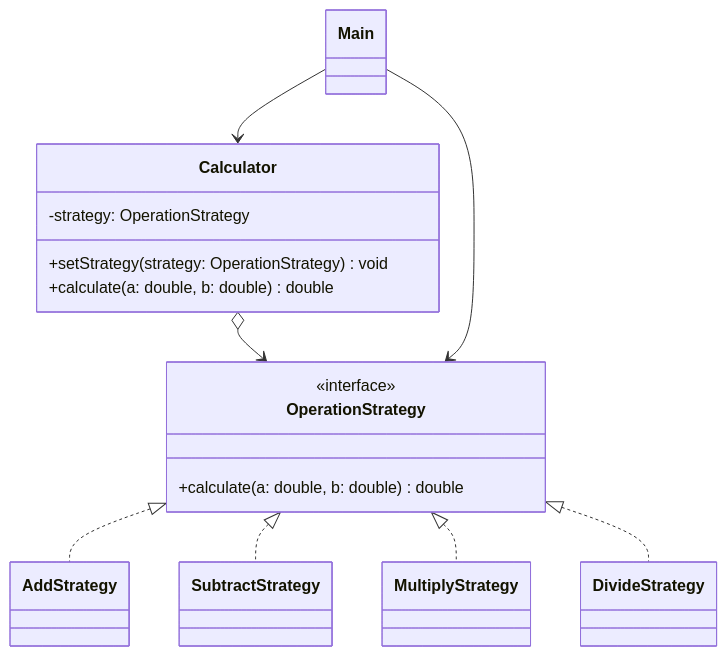
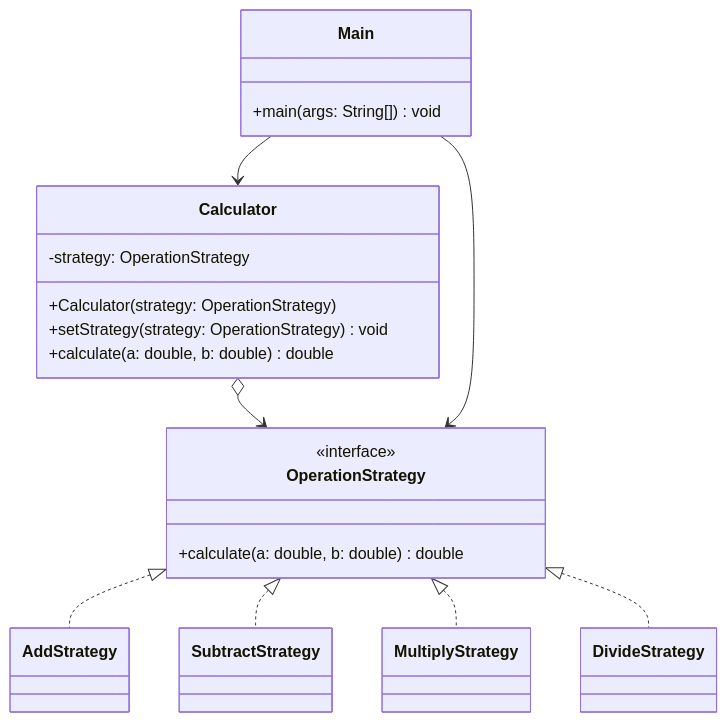
Before and after one commit to lonelysun21/SDP_5_assignment: the diagram in report.md, drawn with Mermaid. The commit also changed other lines of this file, not shown here.

Commit message:
Update diagram and references

````diff
--- a/report.md
+++ b/report.md
@@ -15,28 +15,32 @@
 ```mermaid
 classDiagram
     class OperationStrategy {
         <<interface>>
         +calculate(a: double, b: double) double
     }
 
     class Calculator {
         -strategy: OperationStrategy
+        +Calculator(strategy: OperationStrategy)
         +setStrategy(strategy: OperationStrategy) void
         +calculate(a: double, b: double) double
     }
 
     class AddStrategy
     class SubtractStrategy
     class MultiplyStrategy
     class DivideStrategy
-    class Main
+
+    class Main {
+        +main(args: String[]) void
+    }
 
     OperationStrategy <|.. AddStrategy
     OperationStrategy <|.. SubtractStrategy
     OperationStrategy <|.. MultiplyStrategy
     OperationStrategy <|.. DivideStrategy
 
     Calculator o--> OperationStrategy
     Main --> Calculator
     Main --> OperationStrategy
 ```
````
